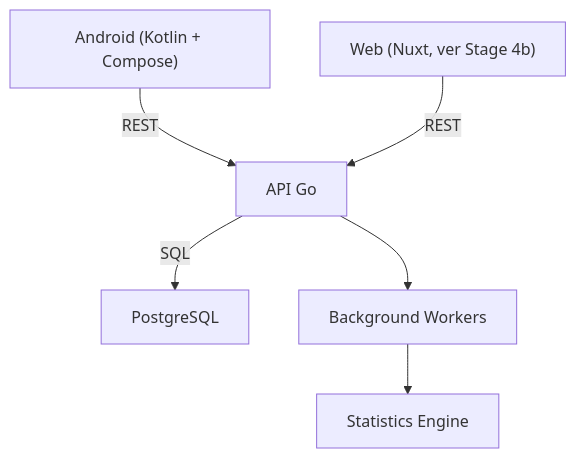
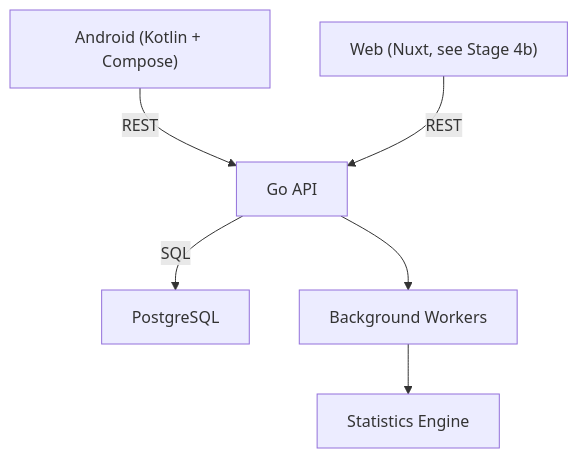
Before and after one commit to mllagostera/commander-companion: the first of 2 diagrams in docs/roadmap/ROADMAP.md, drawn with Mermaid. The commit also changed other lines of this file and 201 other files, not shown here.

````diff
--- a/docs/roadmap/ROADMAP.md
+++ b/docs/roadmap/ROADMAP.md
@@ -37,8 +37,8 @@
 ```mermaid
 graph TD
-    Android["Android (Kotlin + Compose)"] -->|REST| APIGo["API Go"]
-    Web["Web (Nuxt, ver Stage 4b)"] -->|REST| APIGo
+    Android["Android (Kotlin + Compose)"] -->|REST| APIGo["Go API"]
+    Web["Web (Nuxt, see Stage 4b)"] -->|REST| APIGo
     APIGo -->|SQL| PostgreSQL["PostgreSQL"]
     APIGo --> BackgroundWorkers["Background Workers"]
     BackgroundWorkers --> StatisticsEngine["Statistics Engine"]
 ```
````
